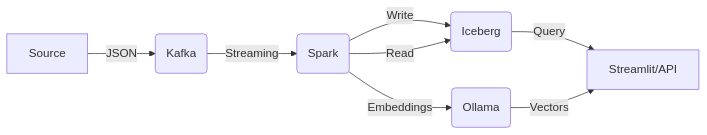
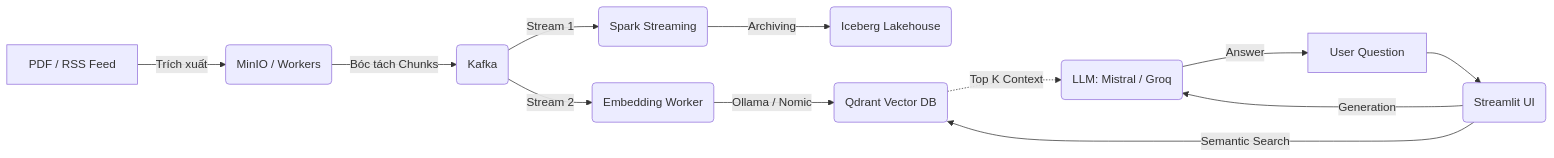
The diagram in README.md (BlueWhaleo5/Smart_Dev_Cloud_Native), drawn with Mermaid before and after one commit. The commit also changed other lines of this file and 39 other files, not shown here.

````diff
--- a/README.md
+++ b/README.md
@@ -242,10 +34,14 @@
 ```mermaid
 graph LR
-    A[Source] -->|JSON| B(Kafka)
-    B -->|Streaming| C(Spark)
-    C -->|Write| D(Iceberg)
-    C -->|Read| D
-    D -->|Query| E[Streamlit/API]
-    C -->|Embeddings| F(Ollama)
-    F -->|Vectors| E
+    A[PDF / RSS Feed] -->|Trích xuất| B(MinIO / Workers)
+    B -->|Bóc tách Chunks| C(Kafka)
+    C -->|Stream 1| D(Spark Streaming)
+    D -->|Archiving| E(Iceberg Lakehouse)
+    C -->|Stream 2| F(Embedding Worker)
+    F -->|Ollama / Nomic| G(Qdrant Vector DB)
+    H[User Question] --> I(Streamlit UI)
+    I -->|Semantic Search| G
+    I -->|Generation| J(LLM: Mistral / Groq)
+    G -.->|Top K Context| J
+    J -->|Answer| H
 ```
````
